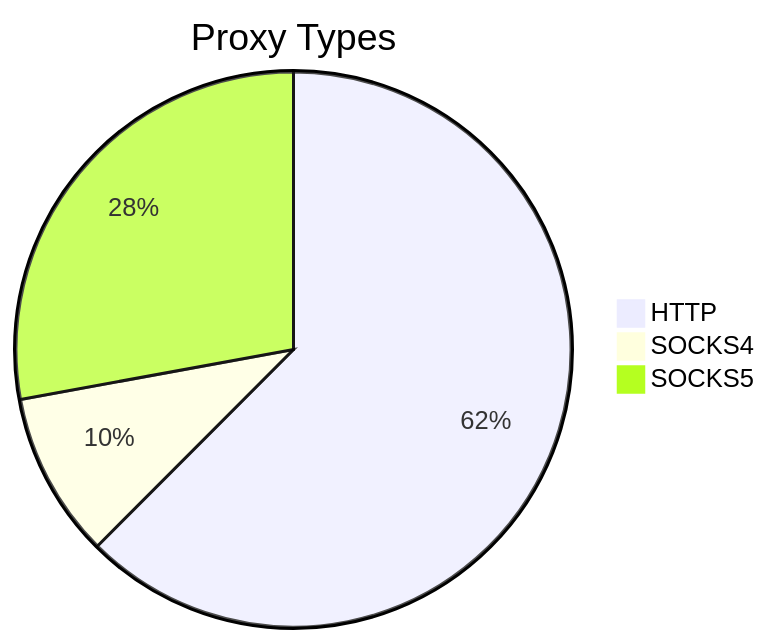
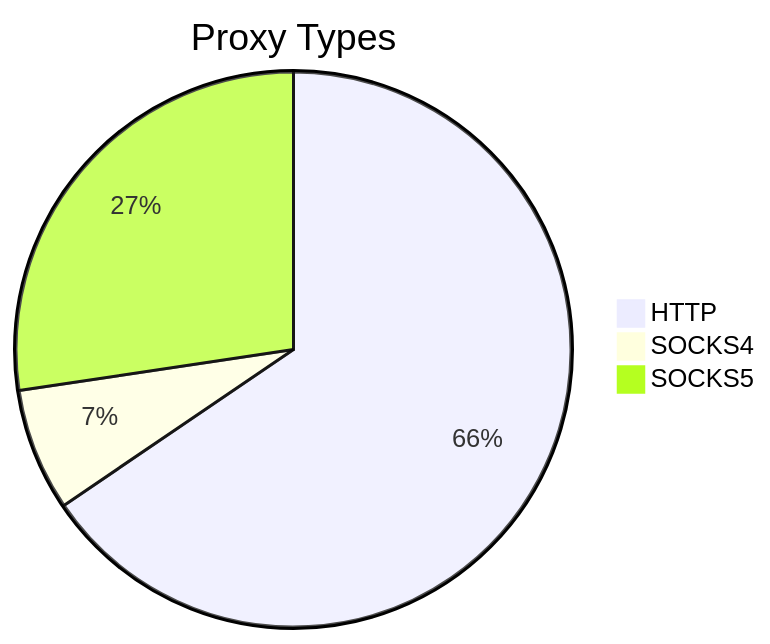
Before and after one commit to stormsia/proxy-list: the first of 2 diagrams in README.md, drawn with Mermaid. The commit also changed other lines of this file, not shown here.

````diff
--- a/README.md
+++ b/README.md
@@ -21,6 +21,6 @@
 ```mermaid
 pie title Proxy Types
-    "HTTP" : 363
-    "SOCKS4" : 56
-    "SOCKS5" : 162
+    "HTTP" : 395
+    "SOCKS4" : 43
+    "SOCKS5" : 165
 ```
````
